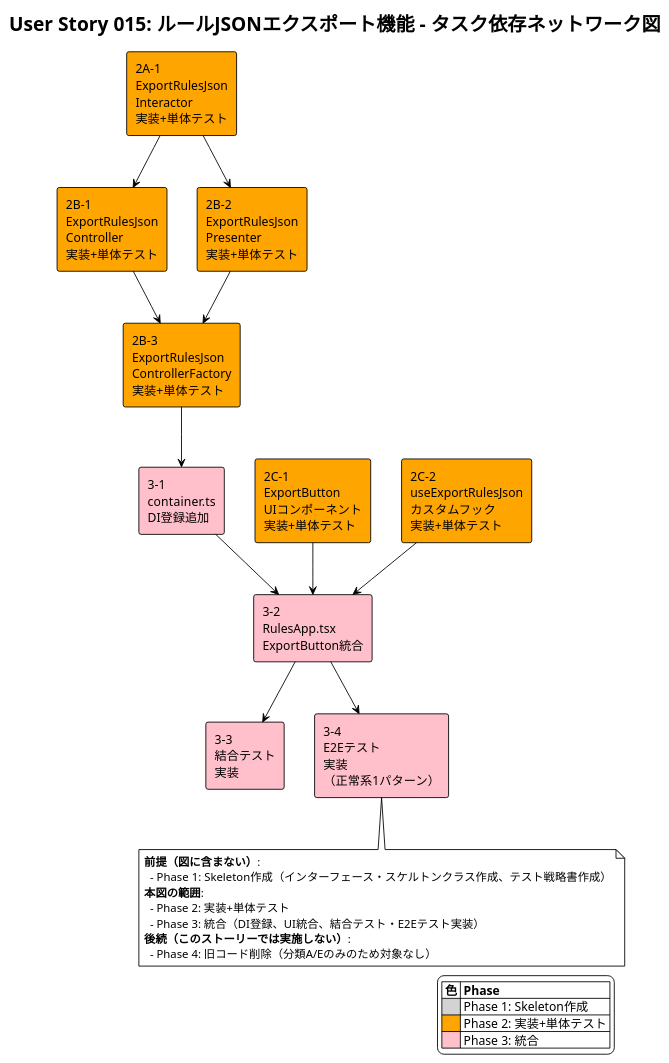
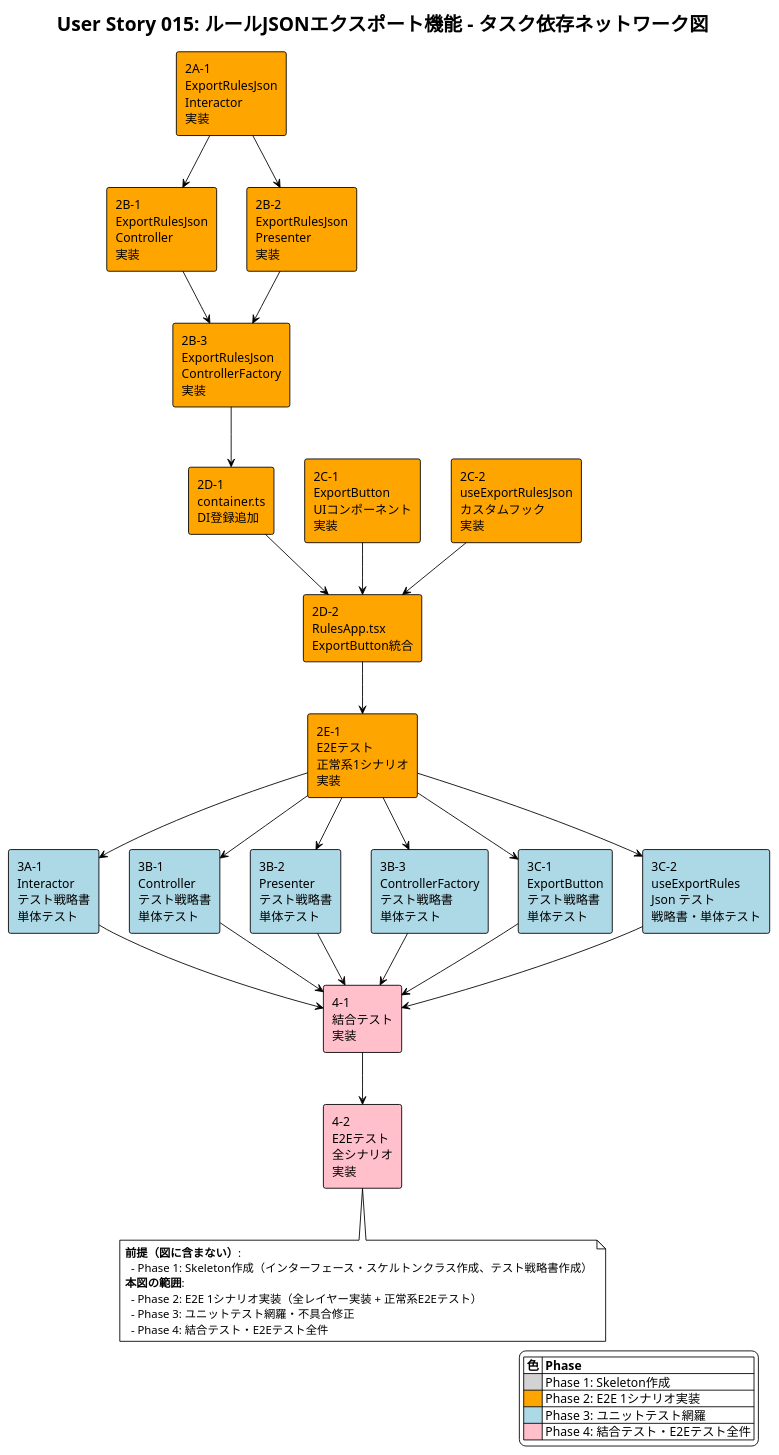
Before and after one commit to akAredminEogre/frog-frame-front: the diagram in docs/user-stories/user-story-015/04-network-diagram.puml, drawn with PlantUML. The commit also changed 1 other file, not shown here.

```diff
--- a/docs/user-stories/user-story-015/04-network-diagram.puml
+++ b/docs/user-stories/user-story-015/04-network-diagram.puml
@@ -1,53 +1,74 @@
 @startuml
 !theme plain
 title User Story 015: ルールJSONエクスポート機能 - タスク依存ネットワーク図
 
-' Phase 2: 実装タスク（第2層）
-rectangle "2A-1\nExportRulesJson\nInteractor\n実装+単体テスト" as interactor #orange
+' Phase 2: E2E 1シナリオ実装タスク
+rectangle "2A-1\nExportRulesJson\nInteractor\n実装" as interactor #orange
+rectangle "2B-1\nExportRulesJson\nController\n実装" as controller #orange
+rectangle "2B-2\nExportRulesJson\nPresenter\n実装" as presenter #orange
+rectangle "2B-3\nExportRulesJson\nControllerFactory\n実装" as factory #orange
+rectangle "2C-1\nExportButton\nUIコンポーネント\n実装" as exportButton #orange
+rectangle "2C-2\nuseExportRulesJson\nカスタムフック\n実装" as hook #orange
+rectangle "2D-1\ncontainer.ts\nDI登録追加" as di #orange
+rectangle "2D-2\nRulesApp.tsx\nExportButton統合" as integration #orange
+rectangle "2E-1\nE2Eテスト\n正常系1シナリオ\n実装" as e2eTest1 #orange
 
-' Phase 2: 実装タスク（第3層）
-rectangle "2B-1\nExportRulesJson\nController\n実装+単体テスト" as controller #orange
-rectangle "2B-2\nExportRulesJson\nPresenter\n実装+単体テスト" as presenter #orange
-rectangle "2B-3\nExportRulesJson\nControllerFactory\n実装+単体テスト" as factory #orange
+' Phase 3: ユニットテスト網羅タスク
+rectangle "3A-1\nInteractor\nテスト戦略書\n単体テスト" as interactorTest #lightblue
+rectangle "3B-1\nController\nテスト戦略書\n単体テスト" as controllerTest #lightblue
+rectangle "3B-2\nPresenter\nテスト戦略書\n単体テスト" as presenterTest #lightblue
+rectangle "3B-3\nControllerFactory\nテスト戦略書\n単体テスト" as factoryTest #lightblue
+rectangle "3C-1\nExportButton\nテスト戦略書\n単体テスト" as exportButtonTest #lightblue
+rectangle "3C-2\nuseExportRules\nJson テスト\n戦略書・単体テスト" as hookTest #lightblue
 
-' Phase 2: 実装タスク（第4層）
-rectangle "2C-1\nExportButton\nUIコンポーネント\n実装+単体テスト" as exportButton #orange
-rectangle "2C-2\nuseExportRulesJson\nカスタムフック\n実装+単体テスト" as hook #orange
+' Phase 4: 結合テスト・E2Eテスト全件
+rectangle "4-1\n結合テスト\n実装" as integrationTest #pink
+rectangle "4-2\nE2Eテスト\n全シナリオ\n実装" as e2eTestAll #pink
 
-' Phase 3: 統合タスク
-rectangle "3-1\ncontainer.ts\nDI登録追加" as di #pink
-rectangle "3-2\nRulesApp.tsx\nExportButton統合" as integration #pink
-rectangle "3-3\n結合テスト\n実装" as integrationTest #pink
-rectangle "3-4\nE2Eテスト\n実装\n（正常系1パターン）" as e2eTest #pink
-
-' 依存関係
+' Phase 2 依存関係
 interactor --> controller
 interactor --> presenter
 controller --> factory
 presenter --> factory
 factory --> di
 exportButton --> integration
 hook --> integration
 di --> integration
-integration --> integrationTest
-integration --> e2eTest
+integration --> e2eTest1
+
+' Phase 3 依存関係（E2Eテスト通過後）
+e2eTest1 --> interactorTest
+e2eTest1 --> controllerTest
+e2eTest1 --> presenterTest
+e2eTest1 --> factoryTest
+e2eTest1 --> exportButtonTest
+e2eTest1 --> hookTest
+
+' Phase 4 依存関係
+interactorTest --> integrationTest
+controllerTest --> integrationTest
+presenterTest --> integrationTest
+factoryTest --> integrationTest
+exportButtonTest --> integrationTest
+hookTest --> integrationTest
+integrationTest --> e2eTestAll
 
 ' 色分け凡例
 legend right
   |= 色 |= Phase |
   | <#lightgray> | Phase 1: Skeleton作成 |
-  | <#orange> | Phase 2: 実装+単体テスト |
-  | <#pink> | Phase 3: 統合 |
+  | <#orange> | Phase 2: E2E 1シナリオ実装 |
+  | <#lightblue> | Phase 3: ユニットテスト網羅 |
+  | <#pink> | Phase 4: 結合テスト・E2Eテスト全件 |
 endlegend
 
 note bottom
 **前提（図に含まない）**:
   - Phase 1: Skeleton作成（インターフェース・スケルトンクラス作成、テスト戦略書作成）
 **本図の範囲**:
-  - Phase 2: 実装+単体テスト
-  - Phase 3: 統合（DI登録、UI統合、結合テスト・E2Eテスト実装）
-**後続（このストーリーでは実施しない）**:
-  - Phase 4: 旧コード削除（分類A/Eのみのため対象なし）
+  - Phase 2: E2E 1シナリオ実装（全レイヤー実装 + 正常系E2Eテスト）
+  - Phase 3: ユニットテスト網羅・不具合修正
+  - Phase 4: 結合テスト・E2Eテスト全件
 end note
 
 @enduml
```
